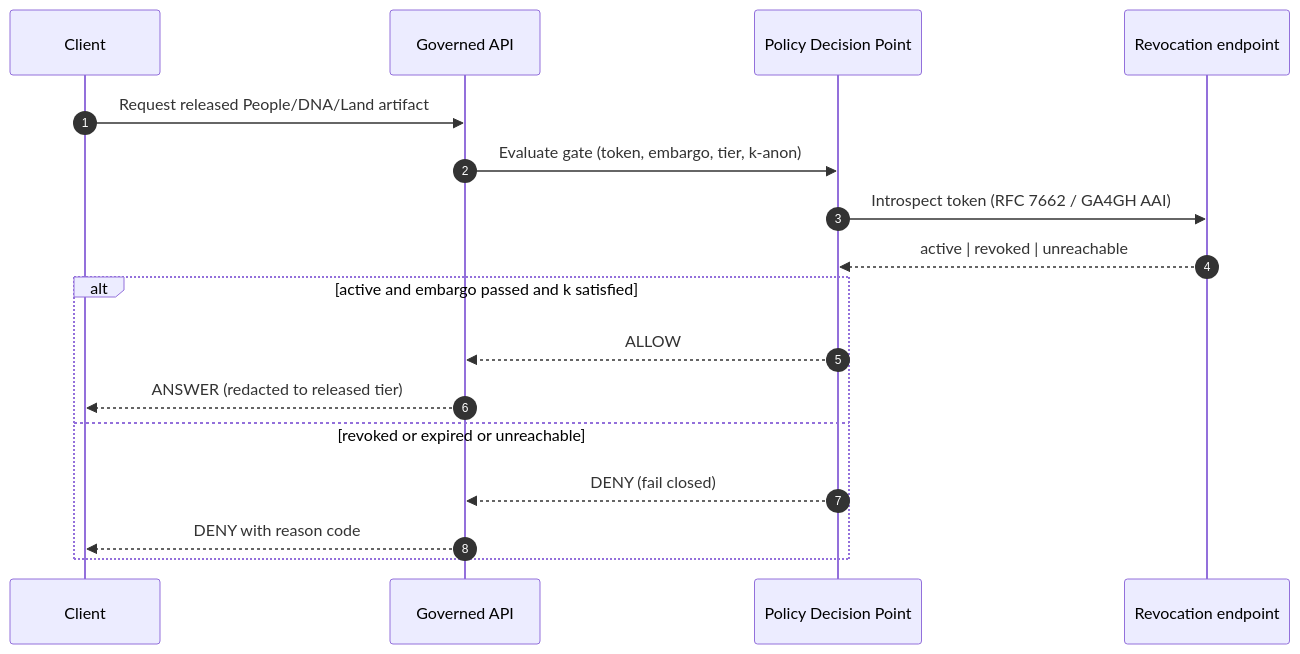
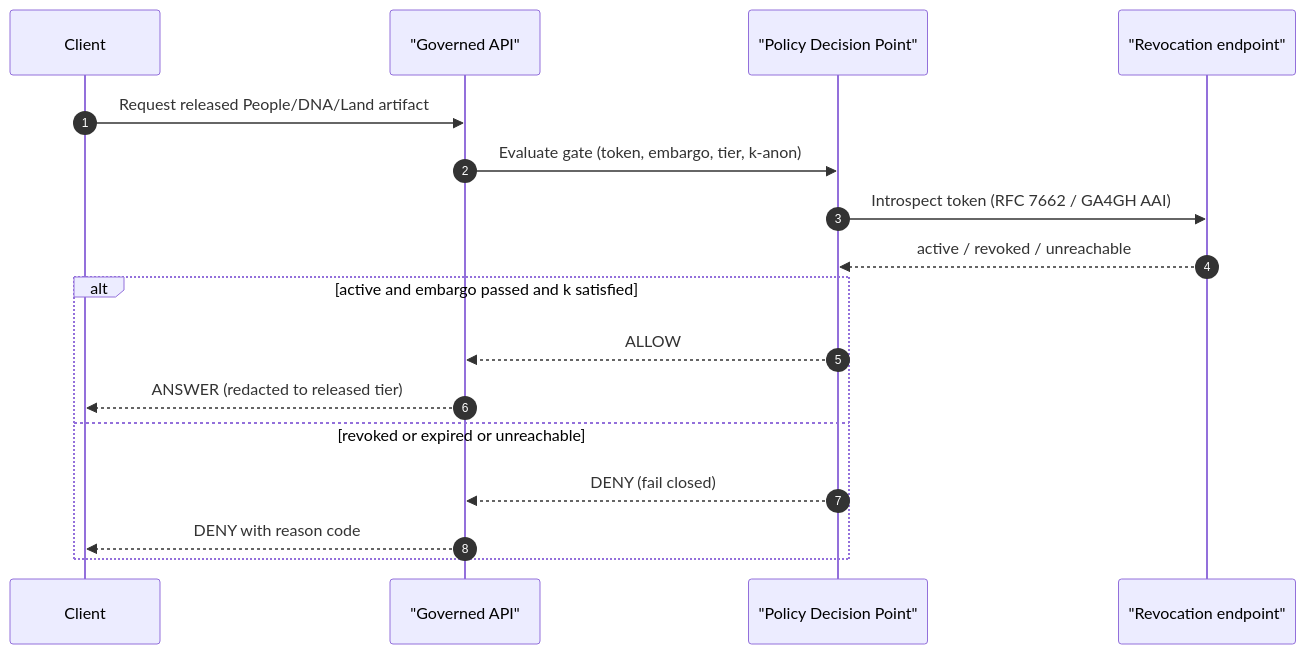
The third of 3 diagrams in docs/domains/people-dna-land/RELEASE_INDEX.md (bartytime4life/Kansas-Frontier-Matrix), drawn with Mermaid before and after one commit. The commit also changed other lines of this file, not shown here.

````diff
--- a/docs/domains/people-dna-land/RELEASE_INDEX.md
+++ b/docs/domains/people-dna-land/RELEASE_INDEX.md
@@ -310,20 +329,20 @@
 ```mermaid
 sequenceDiagram
   autonumber
   participant Client
-  participant API as Governed API
-  participant PDP as Policy Decision Point
-  participant Rev as Revocation endpoint
+  participant API as "Governed API"
+  participant PDP as "Policy Decision Point"
+  participant Rev as "Revocation endpoint"
 
   Client->>API: Request released People/DNA/Land artifact
   API->>PDP: Evaluate gate (token, embargo, tier, k-anon)
   PDP->>Rev: Introspect token (RFC 7662 / GA4GH AAI)
-  Rev-->>PDP: active | revoked | unreachable
+  Rev-->>PDP: active / revoked / unreachable
   alt active and embargo passed and k satisfied
     PDP-->>API: ALLOW
     API-->>Client: ANSWER (redacted to released tier)
   else revoked or expired or unreachable
     PDP-->>API: DENY (fail closed)
     API-->>Client: DENY with reason code
   end
 ```
````
